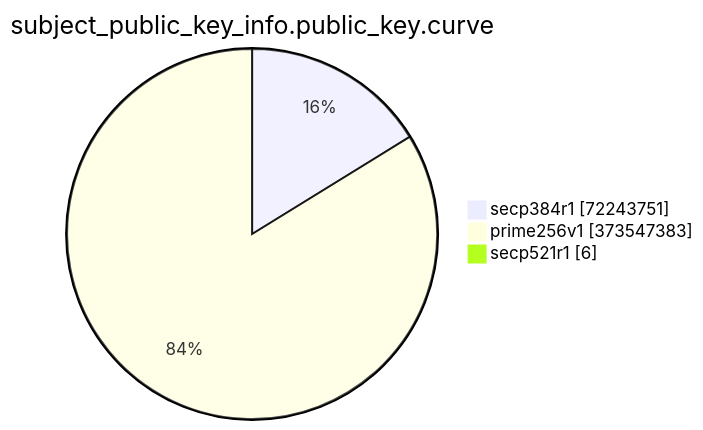
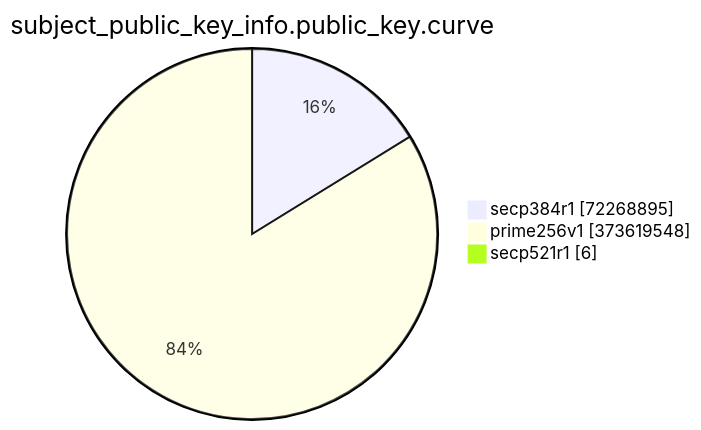
The eighth of 15 diagrams in TOTAL/README.md (christiankrug/ctmonitor_visualization), drawn with Mermaid before and after one commit. The commit also changed other lines of this file, not shown here.

````diff
--- a/TOTAL/README.md
+++ b/TOTAL/README.md
@@ -3094,7 +3094,7 @@
 ```mermaid
 pie showData
 title subject_public_key_info.public_key.curve
-"secp384r1" :72243751
-"prime256v1" :373547383
+"secp384r1" :72268895
+"prime256v1" :373619548
 "secp521r1" :6
 ```
````
